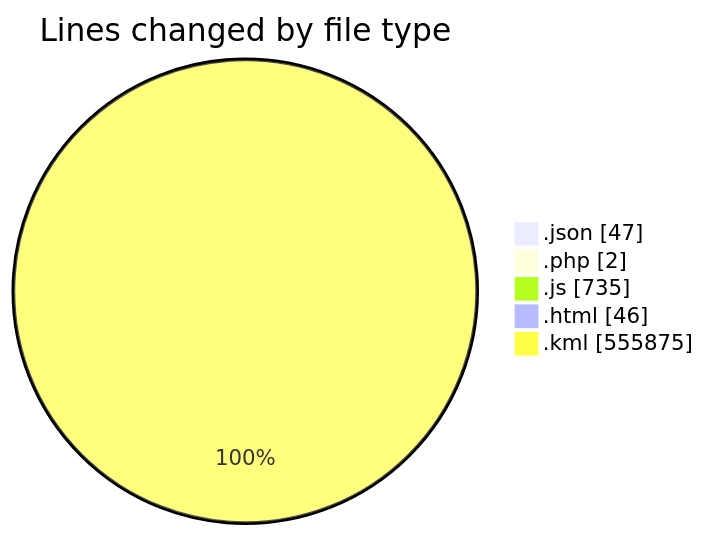
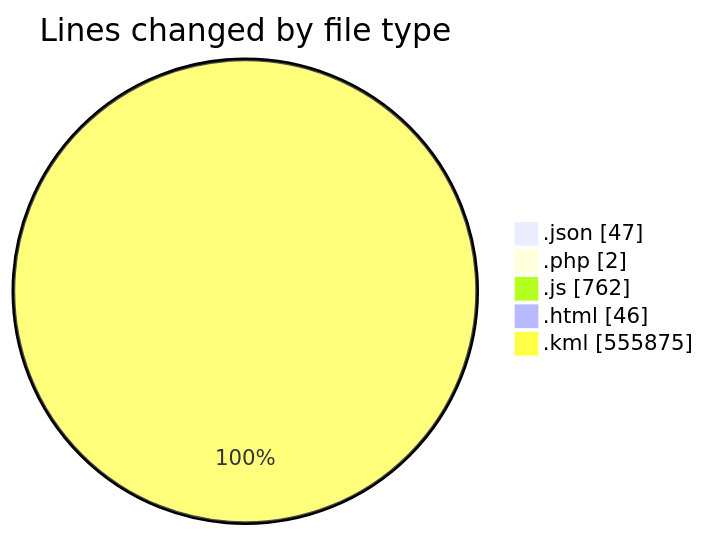
One commit to LanceThiago/code-tracking changed the first of 2 diagrams in 2025-03-27/kml/README.md. Above: the diagram before and after it, drawn with Mermaid. The commit also changed other lines of this file and 1 other file, not shown here.

````diff
--- a/2025-03-27/kml/README.md
+++ b/2025-03-27/kml/README.md
@@ -28,9 +28,9 @@
 ```mermaid
 pie showData
 title Lines changed by file type
 ".json" : 47
 ".php" : 2
-".js" : 735
+".js" : 762
 ".html" : 46
 ".kml" : 555875
 ```
````
